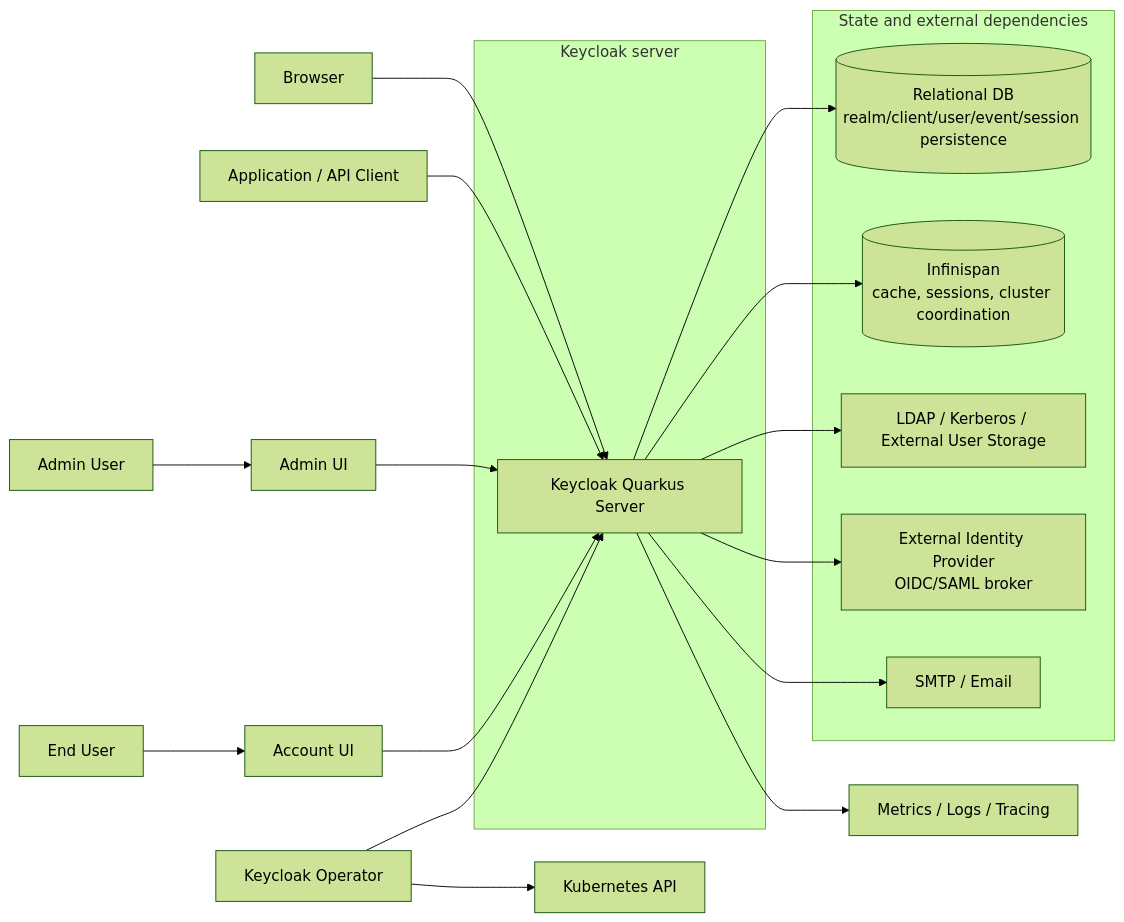
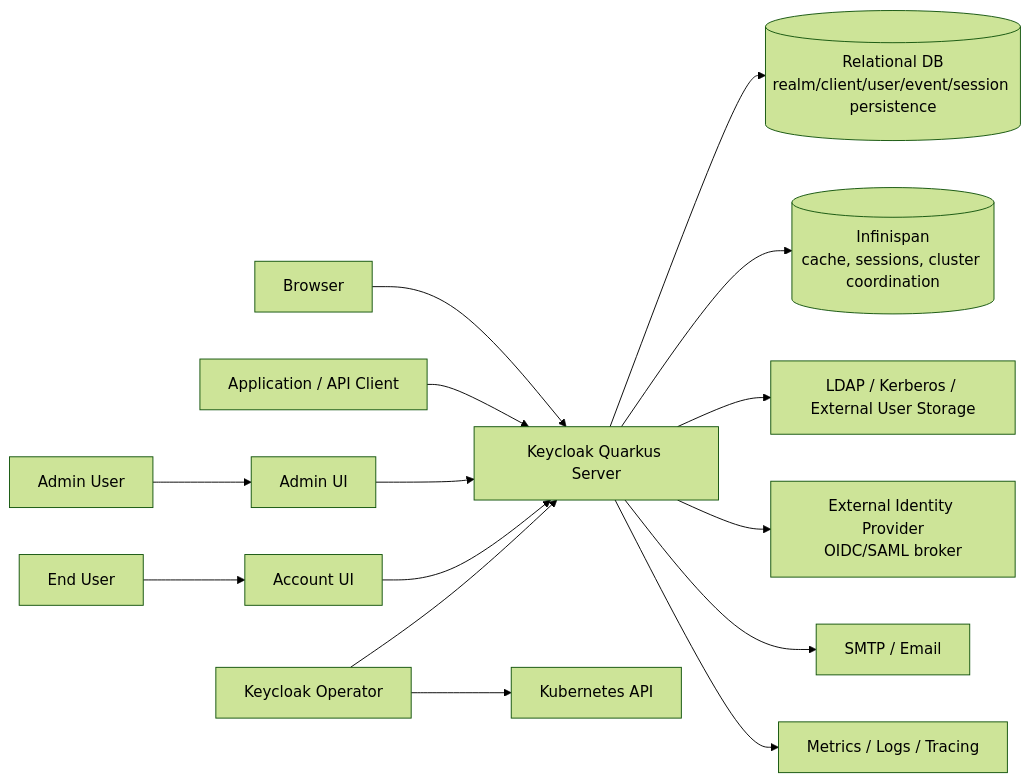
One commit to dhs-shine/keycloak changed the diagram in docs/custom/00-foundation/01-project-overview-and-reference-architecture.md. Above: the diagram before and after it, drawn with Mermaid (forest theme). The commit also changed other lines of this file and 7 other files, not shown here.

````diff
--- a/docs/custom/00-foundation/01-project-overview-and-reference-architecture.md
+++ b/docs/custom/00-foundation/01-project-overview-and-reference-architecture.md
@@ -57,31 +68,19 @@
 ```mermaid
 flowchart LR
   Browser["Browser"] --> KC["Keycloak Quarkus Server"]
   App["Application / API Client"] --> KC
   AdminUser["Admin User"] --> AdminUI["Admin UI"]
   AccountUser["End User"] --> AccountUI["Account UI"]
   AdminUI --> KC
   AccountUI --> KC
 
   KC --> DB[("Relational DB<br/>realm/client/user/event/session persistence")]
   KC --> ISPN[("Infinispan<br/>cache, sessions, cluster coordination")]
   KC --> LDAP["LDAP / Kerberos / External User Storage"]
   KC --> IdP["External Identity Provider<br/>OIDC/SAML broker"]
   KC --> SMTP["SMTP / Email"]
   KC --> Metrics["Metrics / Logs / Tracing"]
 
   Operator["Keycloak Operator"] --> K8s["Kubernetes API"]
   Operator --> KC
-
-  subgraph Server["Keycloak server"]
-    KC
-  end
-
-  subgraph State["State and external dependencies"]
-    DB
-    ISPN
-    LDAP
-    IdP
-    SMTP
-  end
 ```
````
